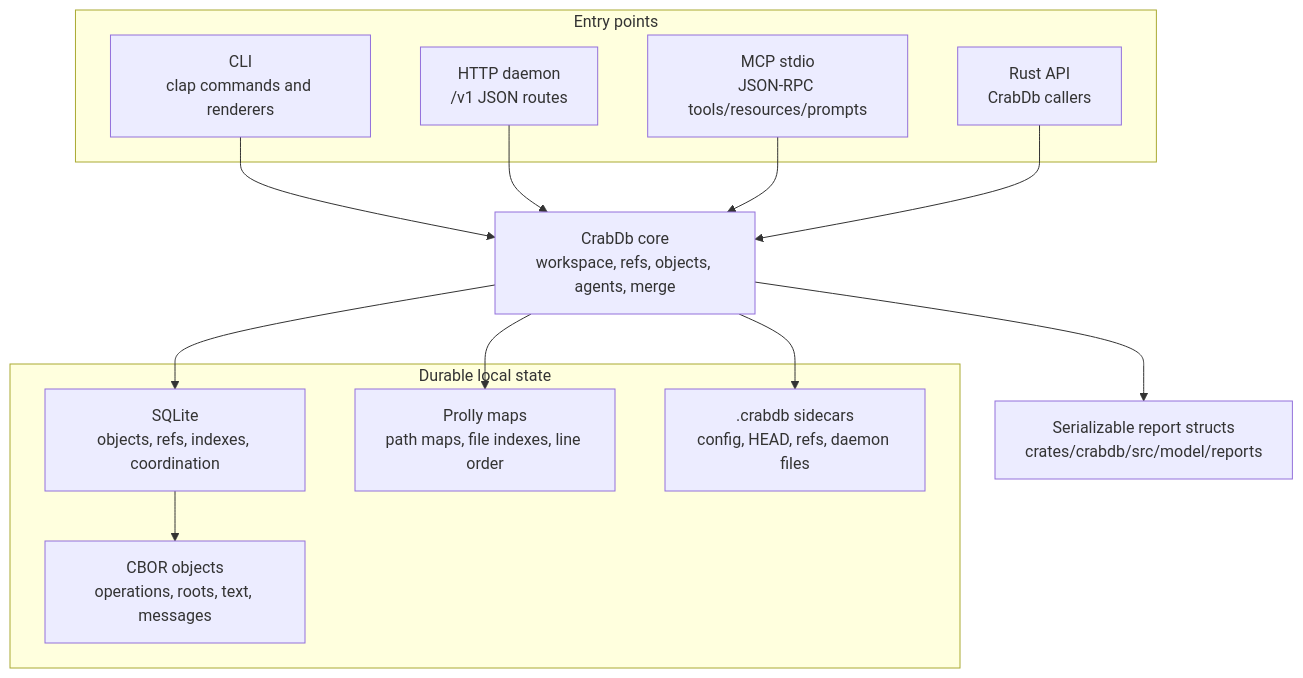
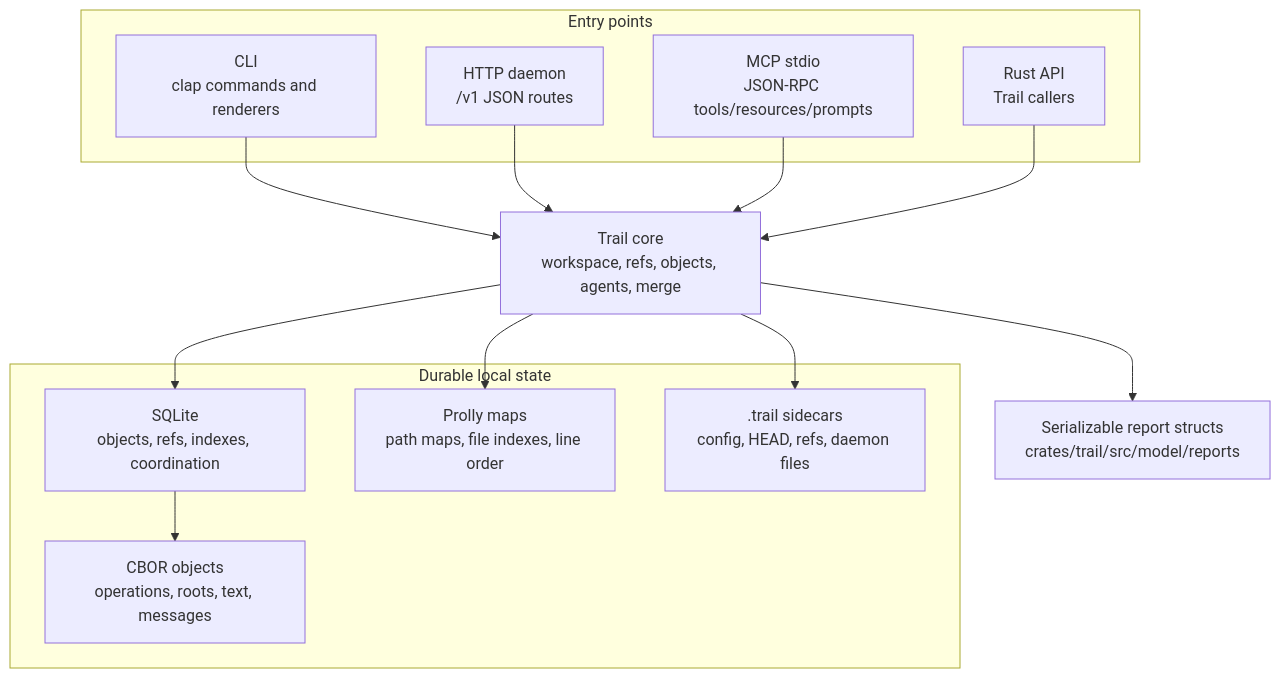
One commit to crabbuild/trail changed the first of 3 diagrams in docs/design/architecture.md. Above: the diagram before and after it, drawn with Mermaid. The commit also changed other lines of this file and 650 other files, not shown here.

Commit message:
chore: rename CrabDB to Trail

````diff
--- a/docs/design/architecture.md
+++ b/docs/design/architecture.md
@@ -29,29 +29,29 @@
 ```mermaid
 flowchart TB
     subgraph Entry["Entry points"]
         CLI["CLI<br/>clap commands and renderers"]
         HTTP["HTTP daemon<br/>/v1 JSON routes"]
         MCP["MCP stdio<br/>JSON-RPC tools/resources/prompts"]
-        Rust["Rust API<br/>CrabDb callers"]
+        Rust["Rust API<br/>Trail callers"]
     end
 
-    Core["CrabDb core<br/>workspace, refs, objects, agents, merge"]
-    Reports["Serializable report structs<br/>crates/crabdb/src/model/reports"]
+    Core["Trail core<br/>workspace, refs, objects, agents, merge"]
+    Reports["Serializable report structs<br/>crates/trail/src/model/reports"]
 
     subgraph State["Durable local state"]
         SQLite["SQLite<br/>objects, refs, indexes, coordination"]
         Objects["CBOR objects<br/>operations, roots, text, messages"]
         Prolly["Prolly maps<br/>path maps, file indexes, line order"]
-        Sidecars[".crabdb sidecars<br/>config, HEAD, refs, daemon files"]
+        Sidecars[".trail sidecars<br/>config, HEAD, refs, daemon files"]
     end
 
     CLI --> Core
     HTTP --> Core
     MCP --> Core
     Rust --> Core
     Core --> Reports
     Core --> SQLite
     SQLite --> Objects
     Core --> Prolly
     Core --> Sidecars
 ```
````
